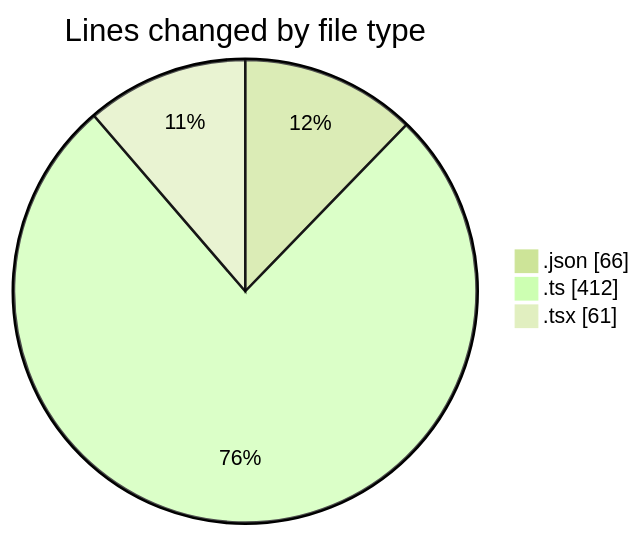
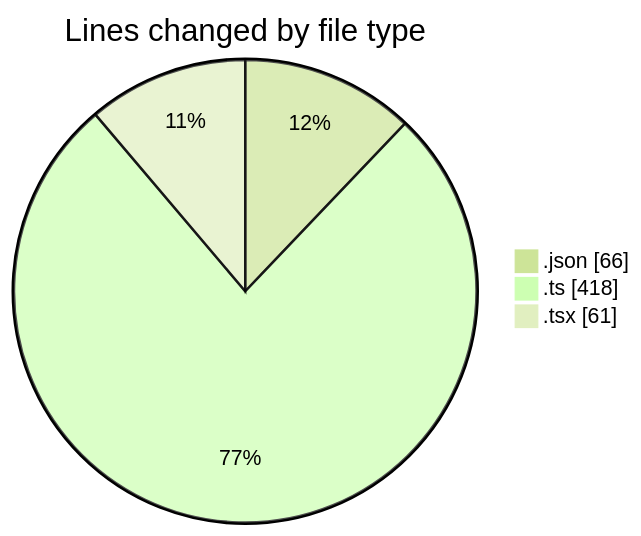
Before and after one commit to momahboobian/code-tracking: the first of 2 diagrams in 2025-05-09/cda/README.md, drawn with Mermaid (forest theme). The commit also changed other lines of this file and 1 other file, not shown here.

````diff
--- a/2025-05-09/cda/README.md
+++ b/2025-05-09/cda/README.md
@@ -23,7 +23,7 @@
 ```mermaid
 pie showData
 title Lines changed by file type
 ".json" : 66
-".ts" : 412
+".ts" : 418
 ".tsx" : 61
 ```
````
